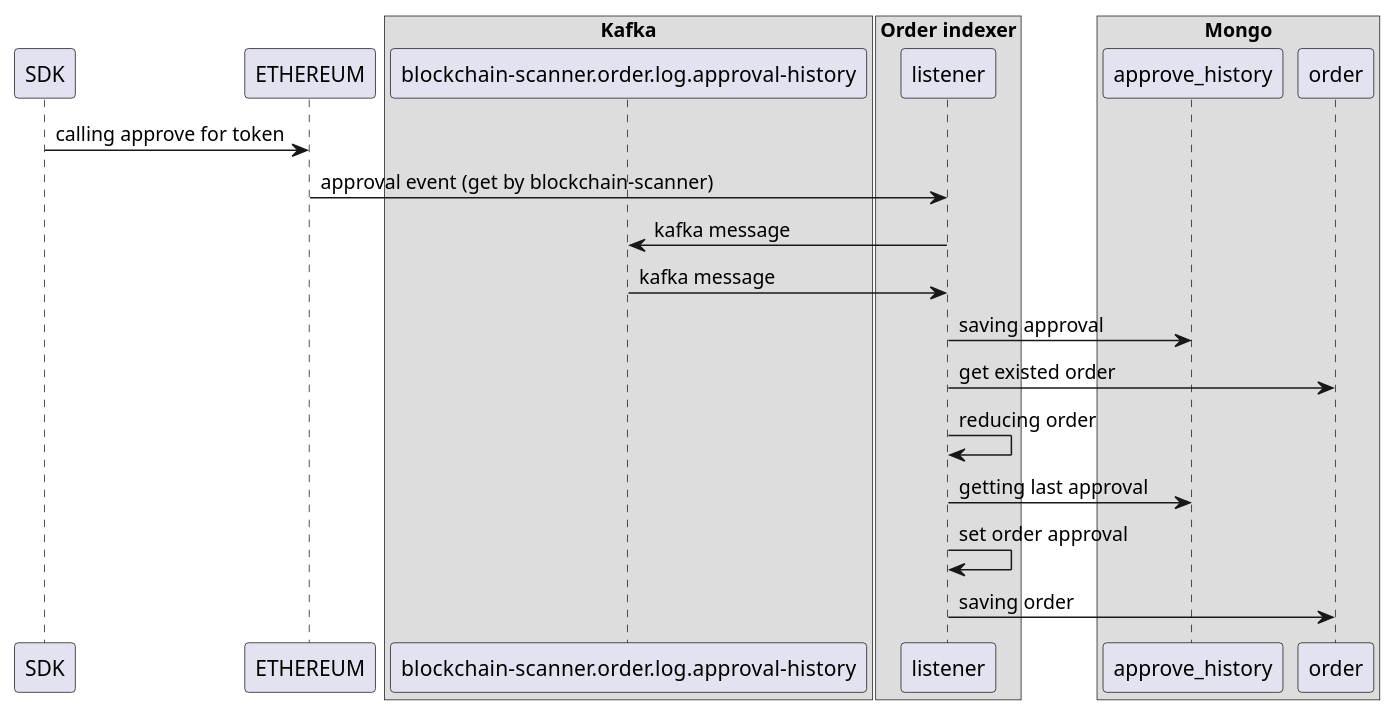
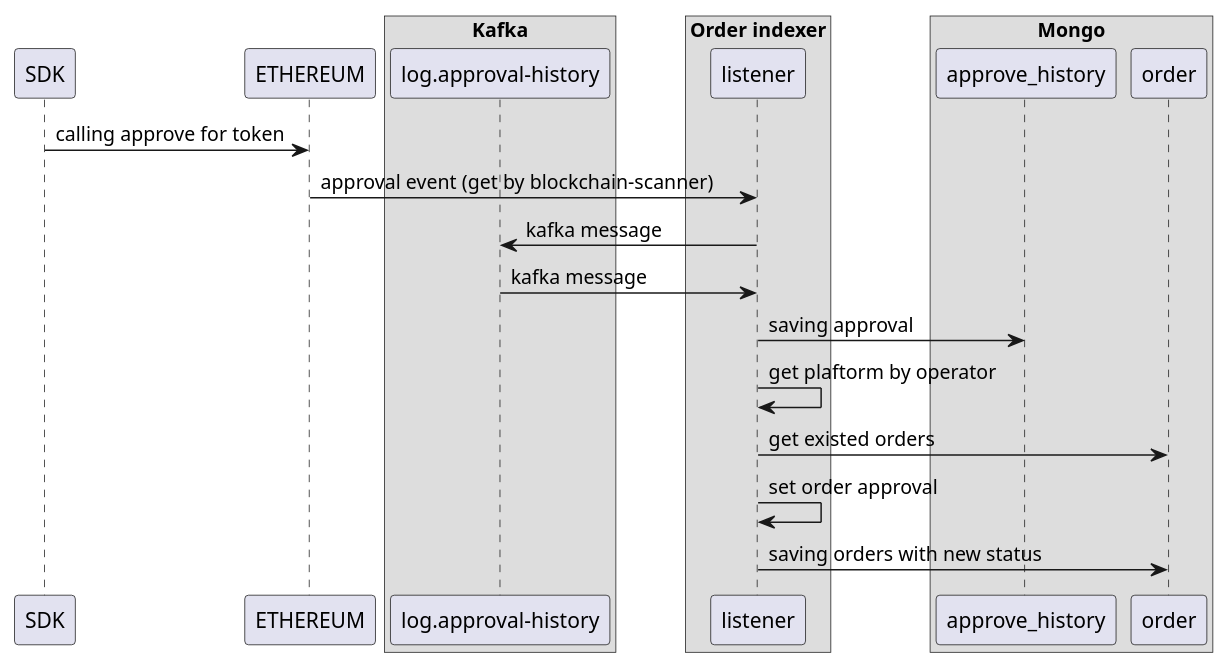
The diagram in docs/diagrams/puml/sell_order_change_approval.puml (rarible/ethereum-indexer-public), drawn with PlantUML before and after one commit. The commit also changed 7 other files, not shown here.

```diff
--- a/docs/diagrams/puml/sell_order_change_approval.puml
+++ b/docs/diagrams/puml/sell_order_change_approval.puml
@@ -1,27 +1,26 @@
 @startuml
 
 SDK -> ETHEREUM: calling approve for token
 ETHEREUM -> listener: approval event (get by blockchain-scanner)
-listener -> "blockchain-scanner.order.log.approval-history" : kafka message
-"blockchain-scanner.order.log.approval-history" -> listener: kafka message
+listener -> "log.approval-history" : kafka message
+"log.approval-history" -> listener: kafka message
 listener -> approve_history: saving approval
-listener -> order: get existed order
-listener -> listener: reducing order
-listener -> approve_history: getting last approval
+listener -> listener: get plaftorm by operator
+listener -> order: get existed orders
 listener -> listener: set order approval
-listener -> order: saving order
+listener -> order: saving orders with new status
 
 box "Kafka"
-participant "blockchain-scanner.order.log.approval-history"
+participant "log.approval-history"
 end box
 
 box "Order indexer"
 participant listener
 end box
 
 box "Mongo"
 participant approve_history
 participant order
 end box
 
 @enduml
```
